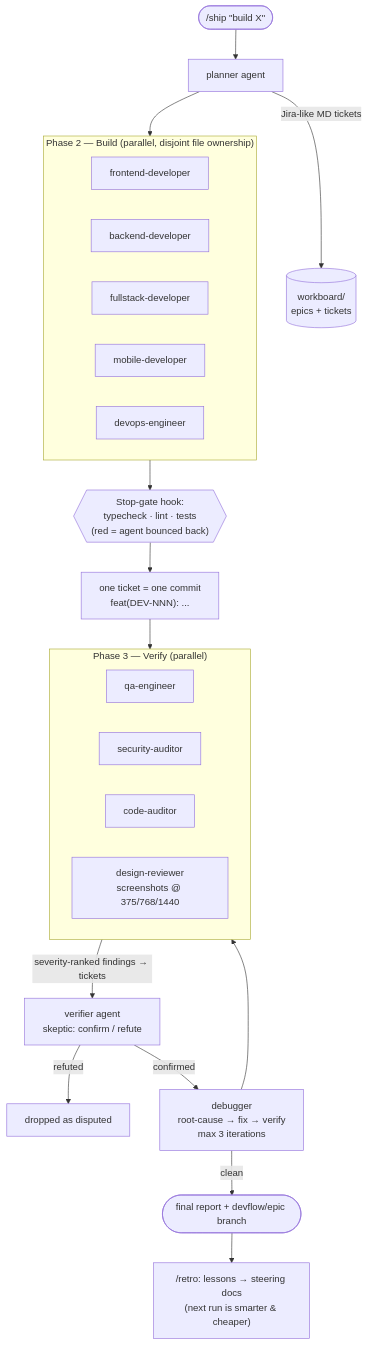
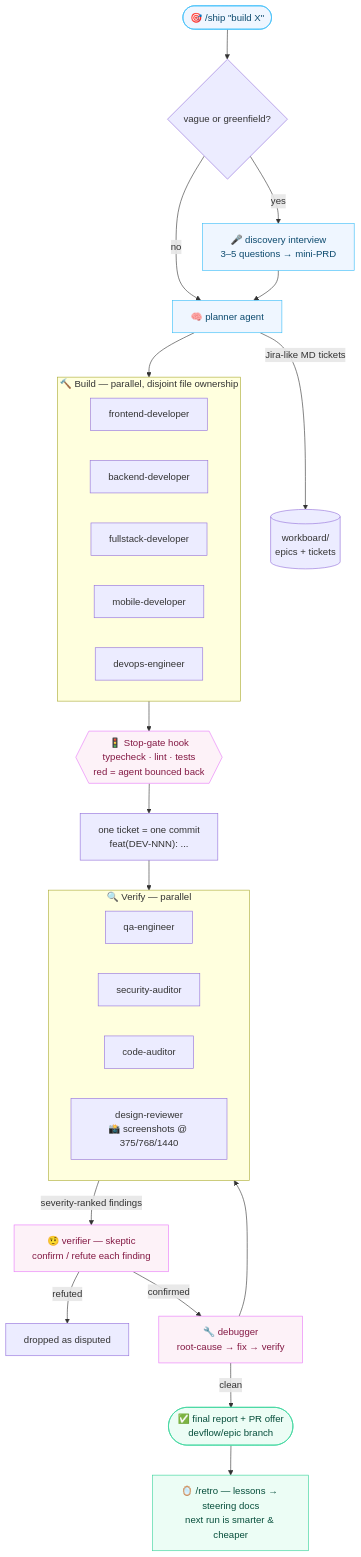
Before and after one commit to ljojua1998/skills: the diagram in README.md, drawn with Mermaid. The commit also changed other lines of this file and 1 other file, not shown here.

Commit message:
docs: visual README — custom SVG banner, styled mermaid pipeline, badges, collapsible sections

````diff
--- a/README.md
+++ b/README.md
@@ -15,32 +109,42 @@
 ```mermaid
 flowchart TD
-    REQ(["/ship &quot;build X&quot;"]) --> PLAN[planner agent]
+    REQ(["🎯 /ship &quot;build X&quot;"]) --> DISC{"vague or greenfield?"}
+    DISC -- yes --> INT["🎤 discovery interview<br/>3–5 questions → mini-PRD"]
+    DISC -- no --> PLAN
+    INT --> PLAN["🧠 planner agent"]
     PLAN -- "Jira-like MD tickets" --> WB[("workboard/<br/>epics + tickets")]
     PLAN --> BUILD
 
-    subgraph BUILD ["Phase 2 — Build (parallel, disjoint file ownership)"]
+    subgraph BUILD ["🔨 Build — parallel, disjoint file ownership"]
         FE[frontend-developer]
         BE[backend-developer]
         FS[fullstack-developer]
         MOB[mobile-developer]
         OPS[devops-engineer]
     end
 
-    BUILD --> GATE{{"Stop-gate hook:<br/>typecheck · lint · tests<br/>(red = agent bounced back)"}}
+    BUILD --> GATE{{"🚦 Stop-gate hook<br/>typecheck · lint · tests<br/>red = agent bounced back"}}
     GATE --> COMMIT["one ticket = one commit<br/>feat(DEV-NNN): ..."]
 
     COMMIT --> VERIFY
-    subgraph VERIFY ["Phase 3 — Verify (parallel)"]
+    subgraph VERIFY ["🔍 Verify — parallel"]
         QA[qa-engineer]
         SEC[security-auditor]
         AUD[code-auditor]
-        DES[design-reviewer<br/>screenshots @ 375/768/1440]
+        DES["design-reviewer<br/>📸 screenshots @ 375/768/1440"]
     end
 
-    VERIFY -- "severity-ranked findings → tickets" --> SKEP[verifier agent<br/>skeptic: confirm / refute]
-    SKEP -- refuted --> DROP[dropped as disputed]
-    SKEP -- confirmed --> DBG[debugger<br/>root-cause → fix → verify<br/>max 3 iterations]
+    VERIFY -- "severity-ranked findings" --> SKEP["🤨 verifier — skeptic<br/>confirm / refute each finding"]
+    SKEP -- refuted --> DROP["dropped as disputed"]
+    SKEP -- confirmed --> DBG["🔧 debugger<br/>root-cause → fix → verify"]
     DBG --> VERIFY
-    DBG -- clean --> DONE([final report + devflow/epic branch])
-    DONE --> RETRO["/retro: lessons → steering docs<br/>(next run is smarter & cheaper)"]
+    DBG -- clean --> DONE(["✅ final report + PR offer<br/>devflow/epic branch"])
+    DONE --> RETRO["🪞 /retro — lessons → steering docs<br/>next run is smarter &amp; cheaper"]
+
+    classDef hot fill:#fdf2f8,stroke:#e879f9,color:#831843
+    classDef cool fill:#eff6ff,stroke:#38bdf8,color:#0c4a6e
+    classDef done fill:#ecfdf5,stroke:#34d399,color:#064e3b
+    class REQ,INT,PLAN cool
+    class GATE,SKEP,DBG hot
+    class DONE,RETRO done
 ```
````
